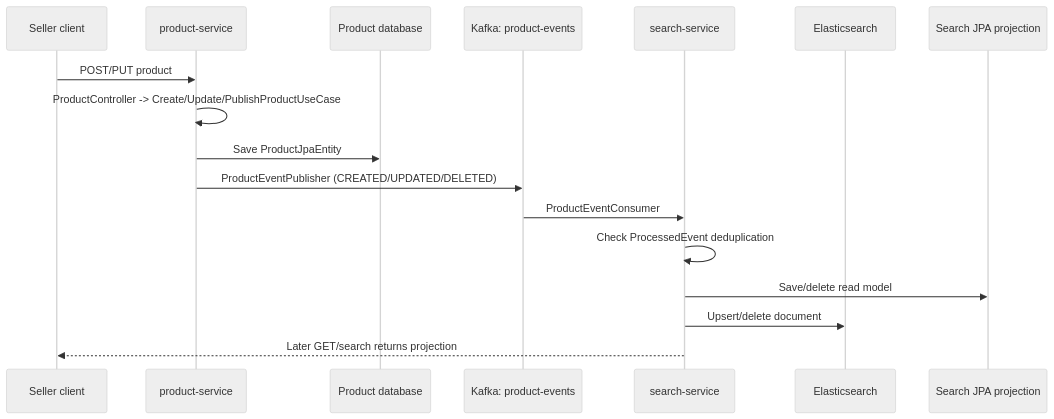
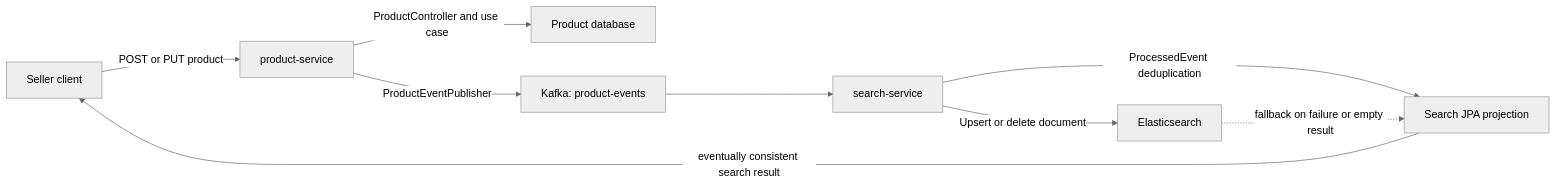
Before and after one commit to dang232/Ecomer: the third of 10 diagrams in Architech.md, drawn with Mermaid (neutral theme). The commit also changed other lines of this file, not shown here.

Commit message:
docs(architecture): use compatible workflow diagrams

````diff
--- a/Architech.md
+++ b/Architech.md
@@ -440,19 +436,11 @@
 ```mermaid
-sequenceDiagram
-  participant S as Seller client
-  participant P as product-service
-  participant DB as Product database
-  participant K as Kafka: product-events
-  participant Q as search-service
-  participant ES as Elasticsearch
-  participant R as Search JPA projection
-  S->>P: POST/PUT product
-  P->>P: ProductController -> Create/Update/PublishProductUseCase
-  P->>DB: Save ProductJpaEntity
-  P->>K: ProductEventPublisher (CREATED/UPDATED/DELETED)
-  K->>Q: ProductEventConsumer
-  Q->>Q: Check ProcessedEvent deduplication
-  Q->>R: Save/delete read model
-  Q->>ES: Upsert/delete document
-  Q-->>S: Later GET/search returns projection
+flowchart LR
+  S["Seller client"] -->|POST or PUT product| P["product-service"]
+  P -->|ProductController and use case| DB["Product database"]
+  P -->|ProductEventPublisher| K["Kafka: product-events"]
+  K --> Q["search-service"]
+  Q -->|ProcessedEvent deduplication| R["Search JPA projection"]
+  Q -->|Upsert or delete document| ES["Elasticsearch"]
+  ES -.->|fallback on failure or empty result| R
+  R -->|eventually consistent search result| S
 ```
````
